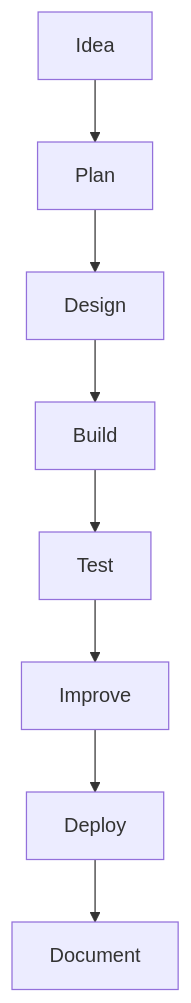
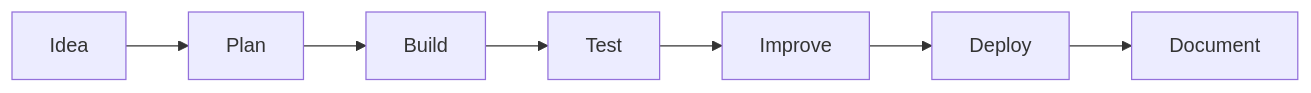
Before and after one commit to Shubham-Ut/Shubham-Ut: the diagram in README.md, drawn with Mermaid. The commit also changed other lines of this file, not shown here.

````diff
--- a/README.md
+++ b/README.md
@@ -180,10 +154,9 @@
 ```mermaid
-flowchart TD
+flowchart LR
 A[Idea] --> B[Plan]
-B --> C[Design]
-C --> D[Build]
-D --> E[Test]
-E --> F[Improve]
-F --> G[Deploy]
-G --> H[Document]
+B --> C[Build]
+C --> D[Test]
+D --> E[Improve]
+E --> F[Deploy]
+F --> G[Document]
 ```
````
